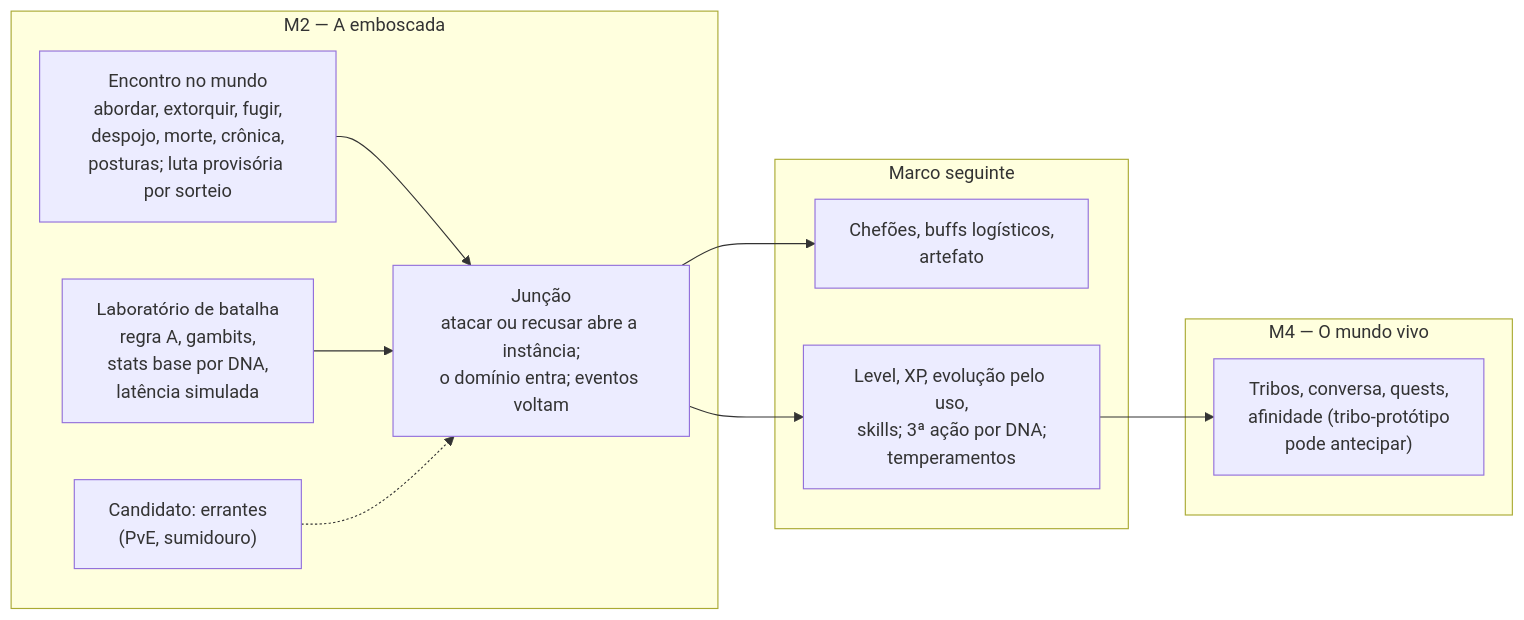
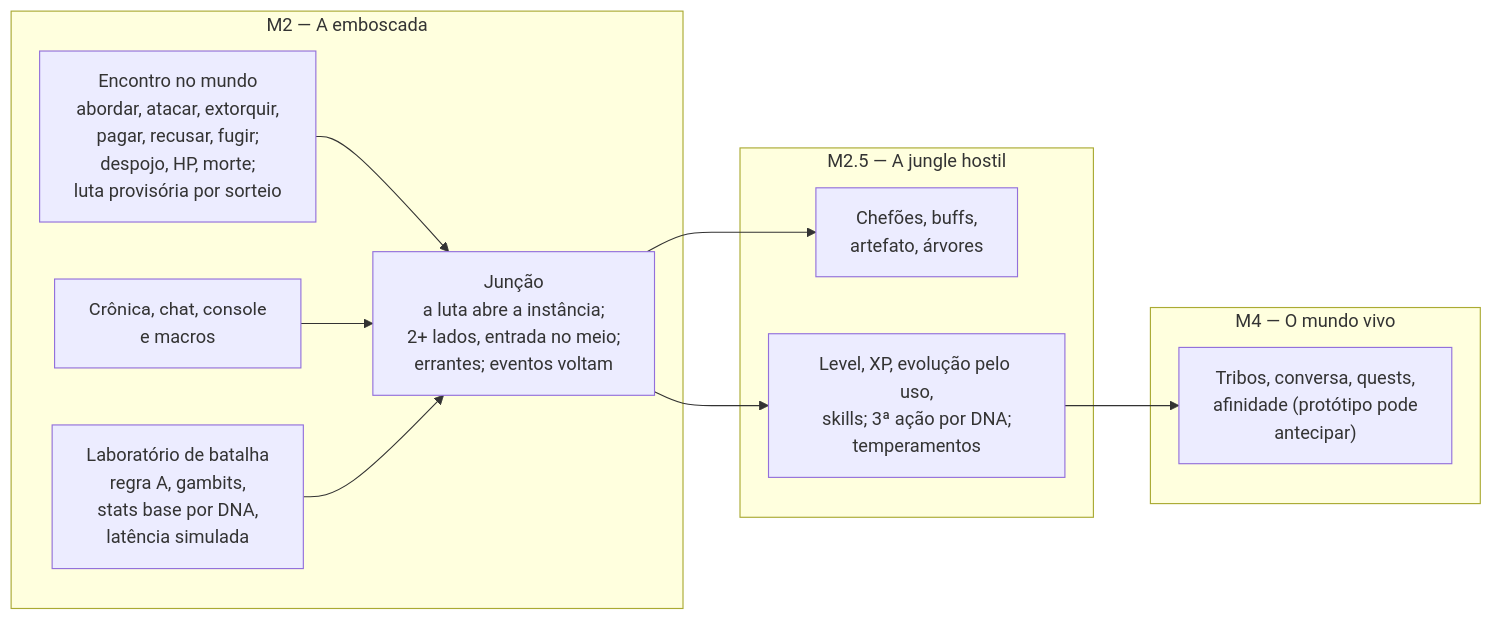
Before and after one commit to eliasfeijo/geometrix: the second of 2 diagrams in docs/brainstorm/2026-11-15-m2-m3.md, drawn with Mermaid. The commit also changed other lines of this file and 12 other files, not shown here.

````diff
--- a/docs/brainstorm/2026-11-15-m2-m3.md
+++ b/docs/brainstorm/2026-11-15-m2-m3.md
@@ -347,22 +372,22 @@
 ```mermaid
 flowchart LR
     subgraph M2["M2 — A emboscada"]
-        E["Encontro no mundo<br/>abordar, extorquir, fugir,<br/>despojo, morte, crônica,<br/>posturas; luta provisória por sorteio"]
+        E["Encontro no mundo<br/>abordar, atacar, extorquir,<br/>pagar, recusar, fugir;<br/>despojo, HP, morte;<br/>luta provisória por sorteio"]
+        K["Crônica, chat, console<br/>e macros"]
         L["Laboratório de batalha<br/>regra A, gambits,<br/>stats base por DNA,<br/>latência simulada"]
-        J["Junção<br/>atacar ou recusar abre a instância;<br/>o domínio entra; eventos voltam"]
-        W["Candidato: errantes<br/>(PvE, sumidouro)"]
+        J["Junção<br/>a luta abre a instância;<br/>2+ lados, entrada no meio;<br/>errantes; eventos voltam"]
         E --> J
+        K --> J
         L --> J
-        W -.-> J
     end
-    subgraph N["Marco seguinte"]
-        C["Chefões, buffs logísticos,<br/>artefato"]
+    subgraph M25["M2.5 — A jungle hostil"]
+        C["Chefões, buffs,<br/>artefato, árvores"]
         P["Level, XP, evolução pelo uso,<br/>skills; 3ª ação por DNA;<br/>temperamentos"]
     end
     subgraph M4["M4 — O mundo vivo"]
-        T["Tribos, conversa, quests,<br/>afinidade (tribo-protótipo<br/>pode antecipar)"]
+        T["Tribos, conversa, quests,<br/>afinidade (protótipo pode<br/>antecipar)"]
     end
     J --> C
     J --> P
     P --> T
 ```
````
